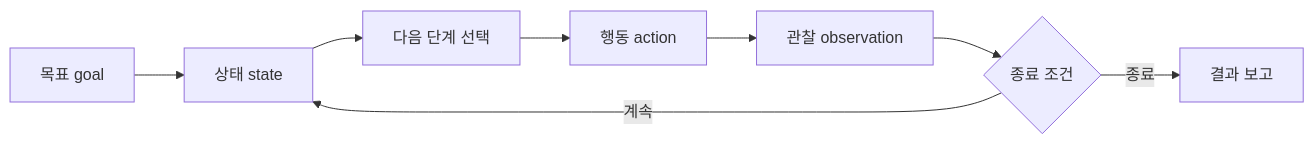
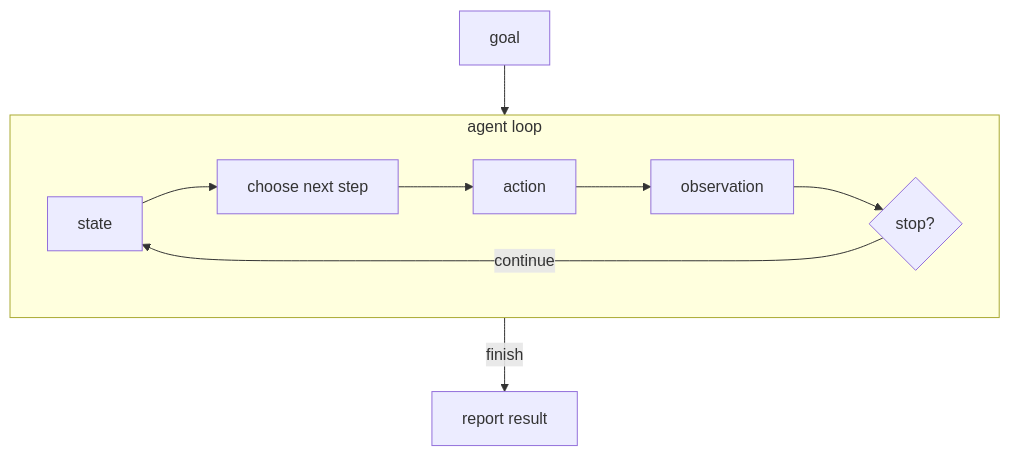
The diagram in docs/parts/part-01/chapter-14/section-03.md (devchan64/AiBook), drawn with Mermaid before and after one commit. The commit also changed 2 other files, not shown here.

Commit message:
docs: simplify intro concept diagrams

````diff
--- a/docs/parts/part-01/chapter-14/section-03.md
+++ b/docs/parts/part-01/chapter-14/section-03.md
@@ -88,14 +88,13 @@
 ```mermaid
-flowchart LR
-  G[목표 goal]
-  S[상태 state]
-  P[다음 단계 선택]
-  A[행동 action]
-  O[관찰 observation]
-  E{종료 조건}
-  R[결과 보고]
+flowchart TD
+  G["goal"]
 
-  G --> S --> P --> A --> O --> E
-  E -- 계속 --> S
-  E -- 종료 --> R
+  subgraph L["agent loop"]
+    direction LR
+    S["state"] --> P["choose next step"] --> A["action"] --> O["observation"] --> E{"stop?"}
+  end
+
+  G --> S
+  E -->|continue| S
+  E -->|finish| R["report result"]
 ```
````
